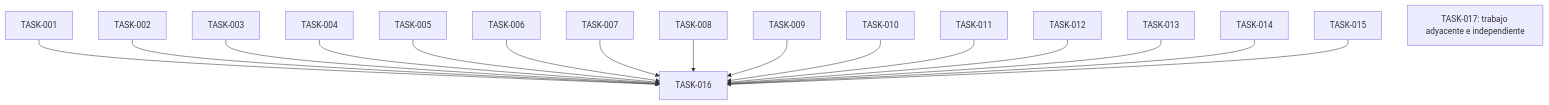
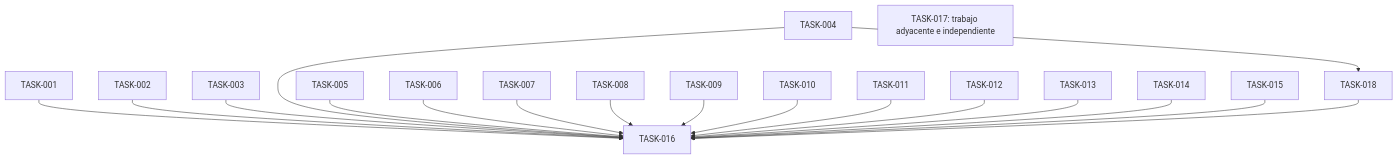
Before and after one commit to angelgarciasolorzano/social-hub: the diagram in .ulpi/plans/soc-36-semantic-html-twofactor-trusteddevice/soc-36-semantic-html-twofactor-trusteddevice.md, drawn with Mermaid. The commit also changed other lines of this file and 3 other files, not shown here.

````diff
--- a/.ulpi/plans/soc-36-semantic-html-twofactor-trusteddevice/soc-36-semantic-html-twofactor-trusteddevice.md
+++ b/.ulpi/plans/soc-36-semantic-html-twofactor-trusteddevice/soc-36-semantic-html-twofactor-trusteddevice.md
@@ -497,19 +524,21 @@
 ```mermaid
 flowchart TD
   TASK-001 --> TASK-016
   TASK-002 --> TASK-016
   TASK-003 --> TASK-016
   TASK-004 --> TASK-016
   TASK-005 --> TASK-016
   TASK-006 --> TASK-016
   TASK-007 --> TASK-016
   TASK-008 --> TASK-016
   TASK-009 --> TASK-016
   TASK-010 --> TASK-016
   TASK-011 --> TASK-016
   TASK-012 --> TASK-016
   TASK-013 --> TASK-016
   TASK-014 --> TASK-016
   TASK-015 --> TASK-016
+  TASK-004 --> TASK-018
+  TASK-018 --> TASK-016
   TASK-017["TASK-017: trabajo adyacente e independiente"]
 ```
````
